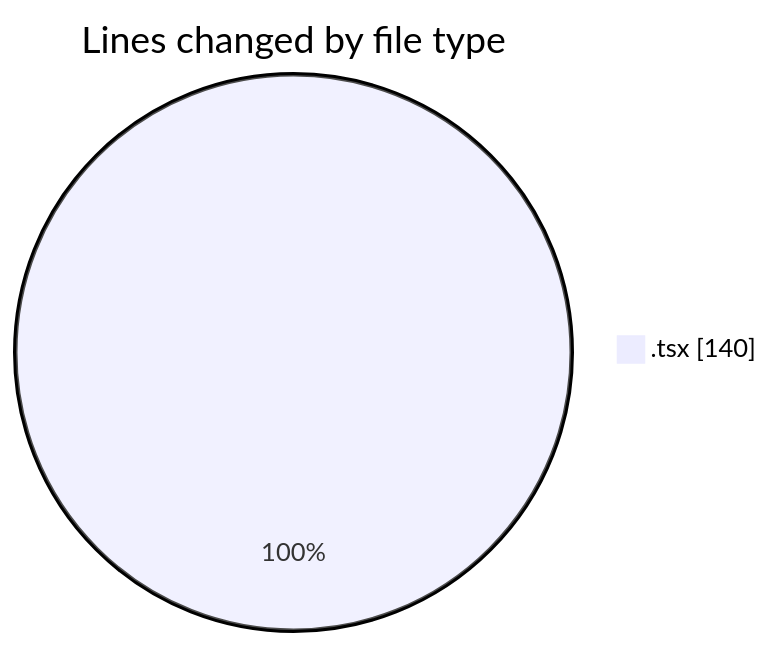
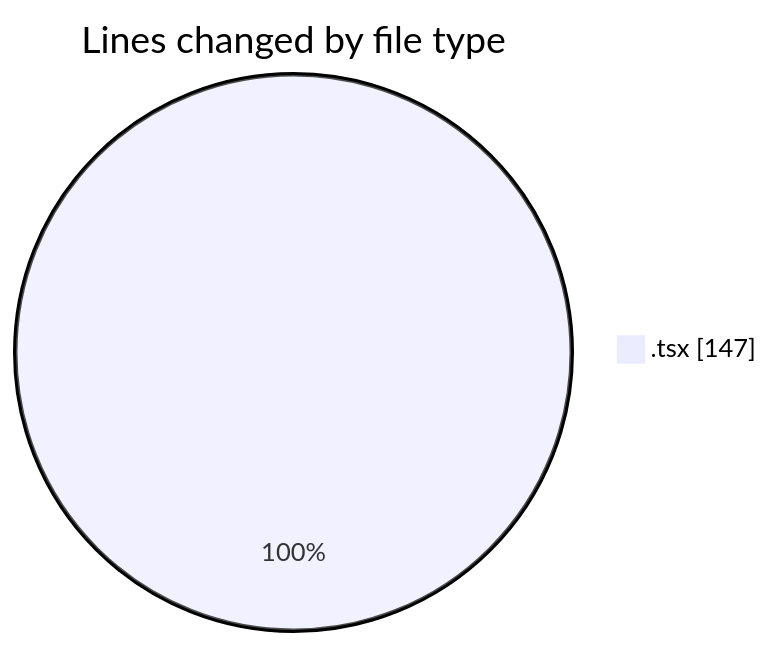
Before and after one commit to robertbonfada/code-tracking: the first of 2 diagrams in 2025-02-04/mbc-web/README.md, drawn with Mermaid. The commit also changed other lines of this file and 1 other file, not shown here.

````diff
--- a/2025-02-04/mbc-web/README.md
+++ b/2025-02-04/mbc-web/README.md
@@ -22,5 +22,5 @@
 ```mermaid
 pie showData
 title Lines changed by file type
-".tsx" : 140
+".tsx" : 147
 ```
````
